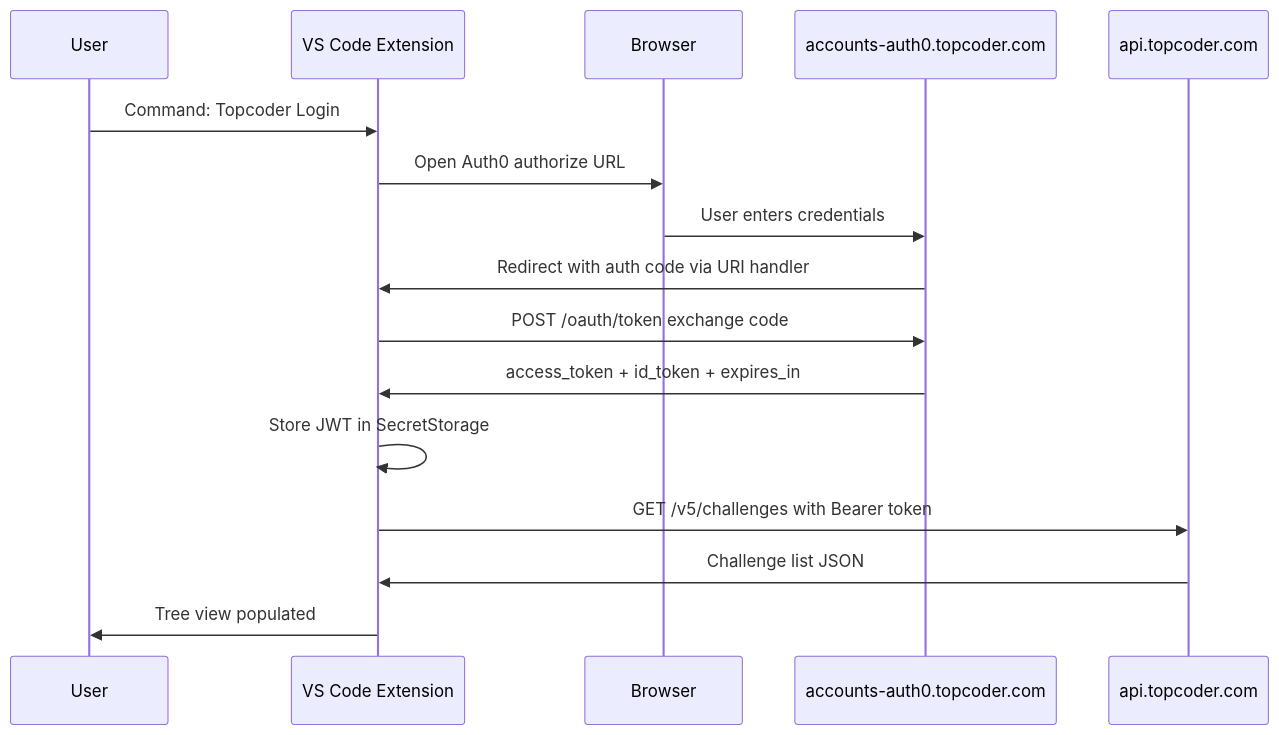
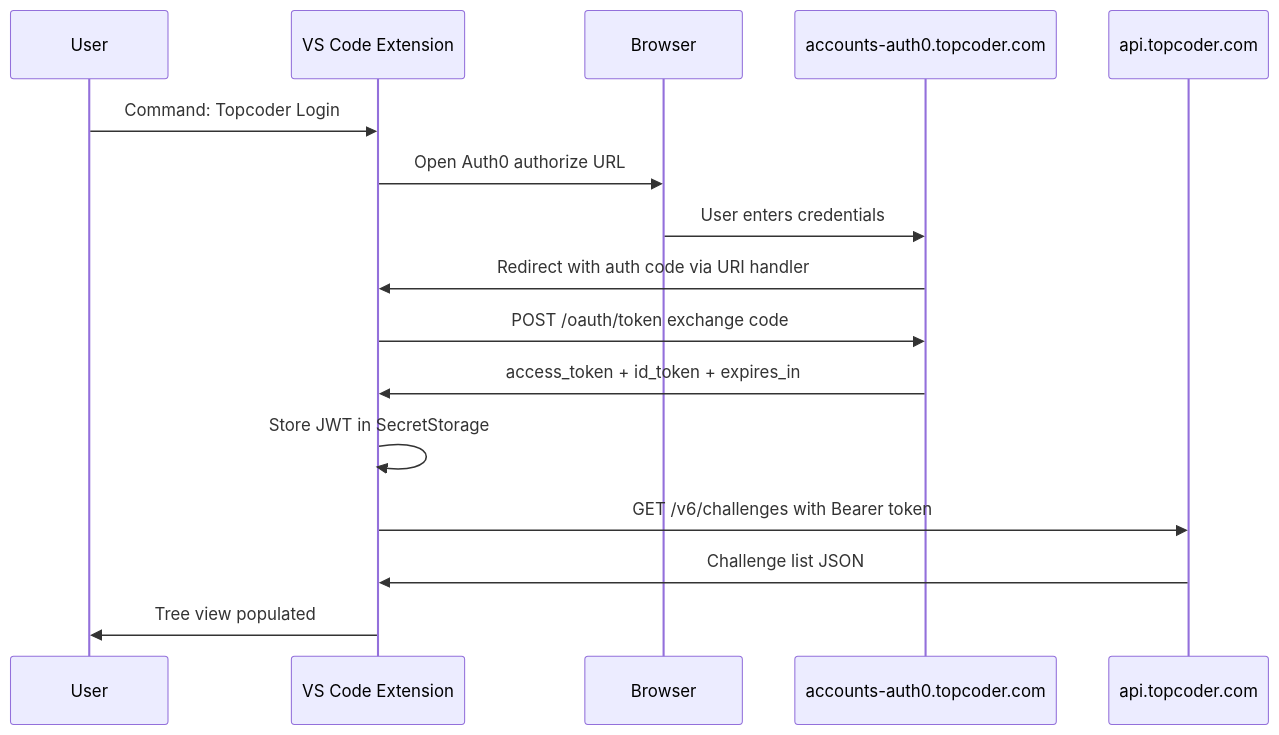
One commit to mirzailhami/tc-vscode-ideation changed the third of 3 diagrams in architecture.md. Above: the diagram before and after it, drawn with Mermaid. The commit also changed other lines of this file and 5 other files, not shown here.

````diff
--- a/architecture.md
+++ b/architecture.md
@@ -114,19 +114,19 @@
 ```mermaid
 sequenceDiagram
     participant User
     participant VSCode as VS Code Extension
     participant Browser
     participant Auth0 as accounts-auth0.topcoder.com
     participant API as api.topcoder.com
 
     User->>VSCode: Command: Topcoder Login
     VSCode->>Browser: Open Auth0 authorize URL
     Browser->>Auth0: User enters credentials
     Auth0->>VSCode: Redirect with auth code via URI handler
     VSCode->>Auth0: POST /oauth/token exchange code
     Auth0->>VSCode: access_token + id_token + expires_in
     VSCode->>VSCode: Store JWT in SecretStorage
-    VSCode->>API: GET /v5/challenges with Bearer token
+    VSCode->>API: GET /v6/challenges with Bearer token
     API->>VSCode: Challenge list JSON
     VSCode->>User: Tree view populated
 ```
````
